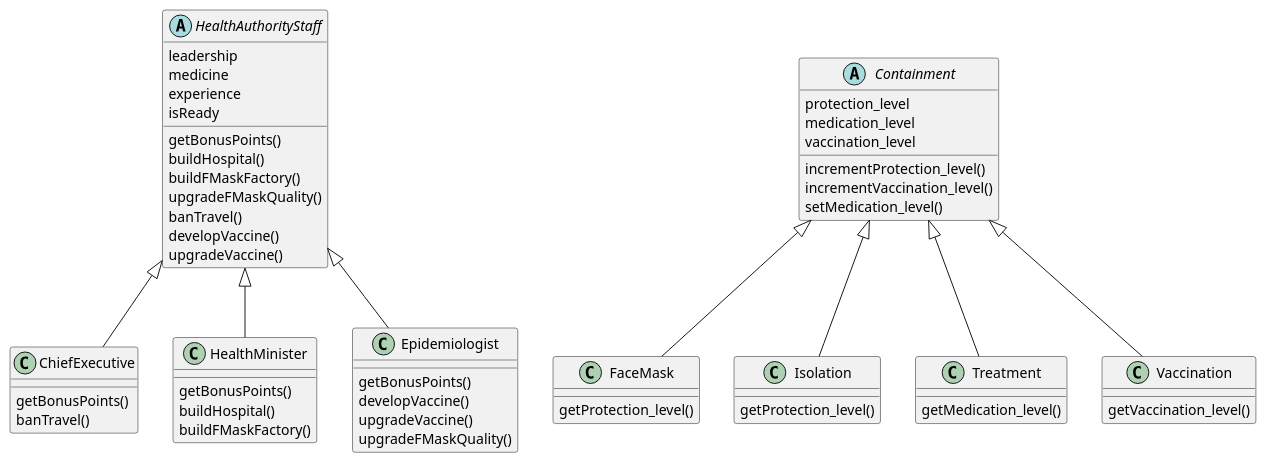
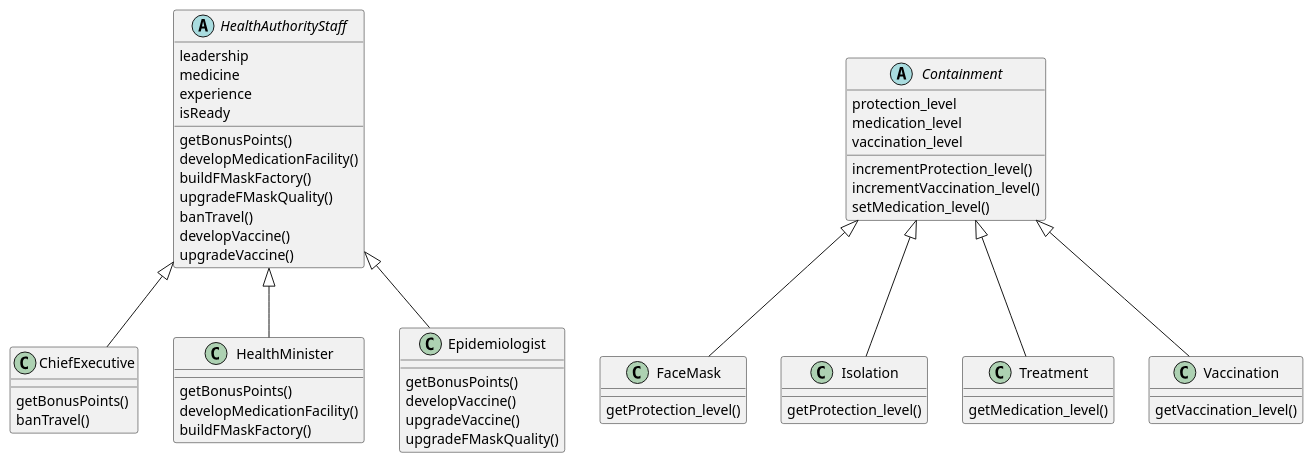
Before and after one commit to ahmad-hl/comp3021-corona-spring2021: the diagram in rolesConts.puml, drawn with PlantUML. The commit also changed 1 other file, not shown here.

Commit message:
added: game engine composition => class diagram.

```diff
--- a/rolesConts.puml
+++ b/rolesConts.puml
@@ -1,62 +1,62 @@
 @startuml
 'https://plantuml.com/class-diagram
 
 abstract class HealthAuthorityStaff{
 leadership
 medicine
 experience
 isReady
 
 getBonusPoints()
-buildHospital()
+developMedicationFacility()
 buildFMaskFactory()
 upgradeFMaskQuality()
 banTravel()
 developVaccine()
 upgradeVaccine()
 }
 
 class ChiefExecutive{
 getBonusPoints()
 banTravel()
 }
 class HealthMinister{
 getBonusPoints()
-buildHospital()
+developMedicationFacility()
 buildFMaskFactory()
 }
 class Epidemiologist{
 getBonusPoints()
 developVaccine()
 upgradeVaccine()
 upgradeFMaskQuality()
 }
 HealthAuthorityStaff <|-- ChiefExecutive
 HealthAuthorityStaff <|-- HealthMinister
 HealthAuthorityStaff <|-- Epidemiologist
 
 abstract class Containment{
 protection_level
 medication_level
 vaccination_level
 incrementProtection_level()
 incrementVaccination_level()
 setMedication_level()
 }
 class FaceMask{
 getProtection_level()
 }
 class Isolation{
 getProtection_level()
 }
 class Treatment{
 getMedication_level()
 }
 class Vaccination{
 getVaccination_level()
 }
 Containment <|-- FaceMask
 Containment <|-- Isolation
 Containment <|-- Treatment
 Containment <|-- Vaccination
 @enduml
```
